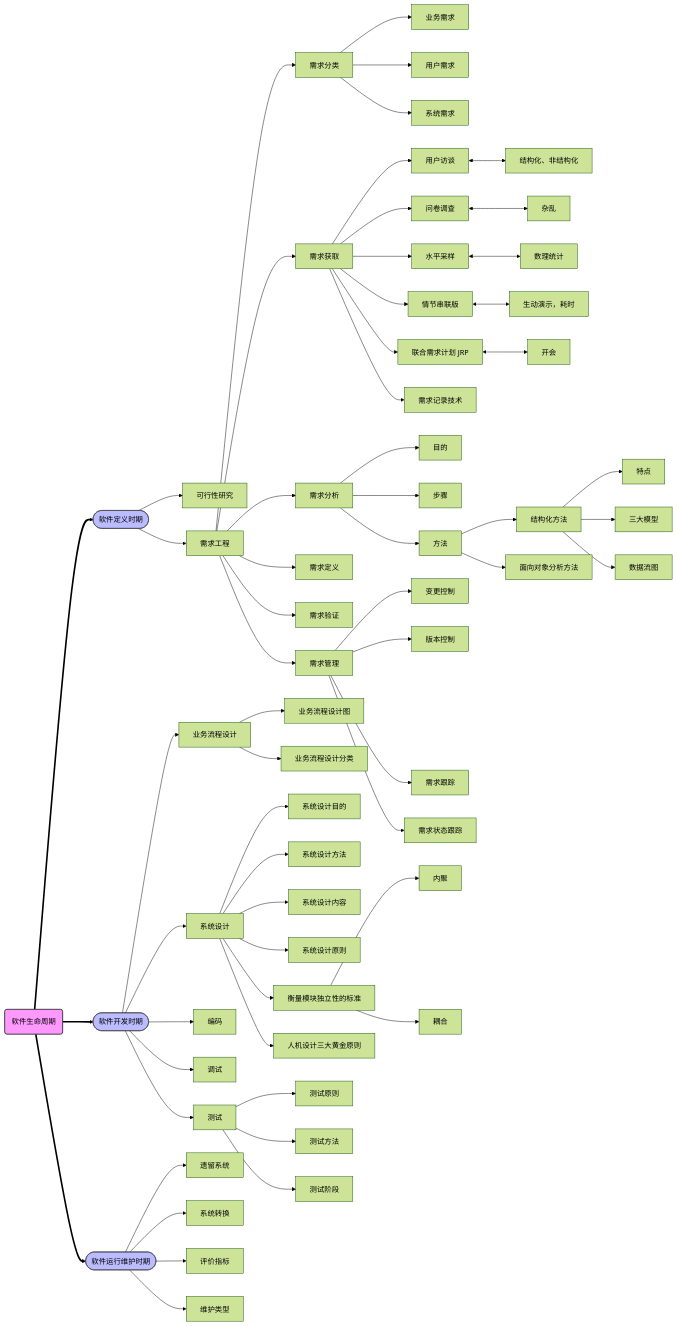
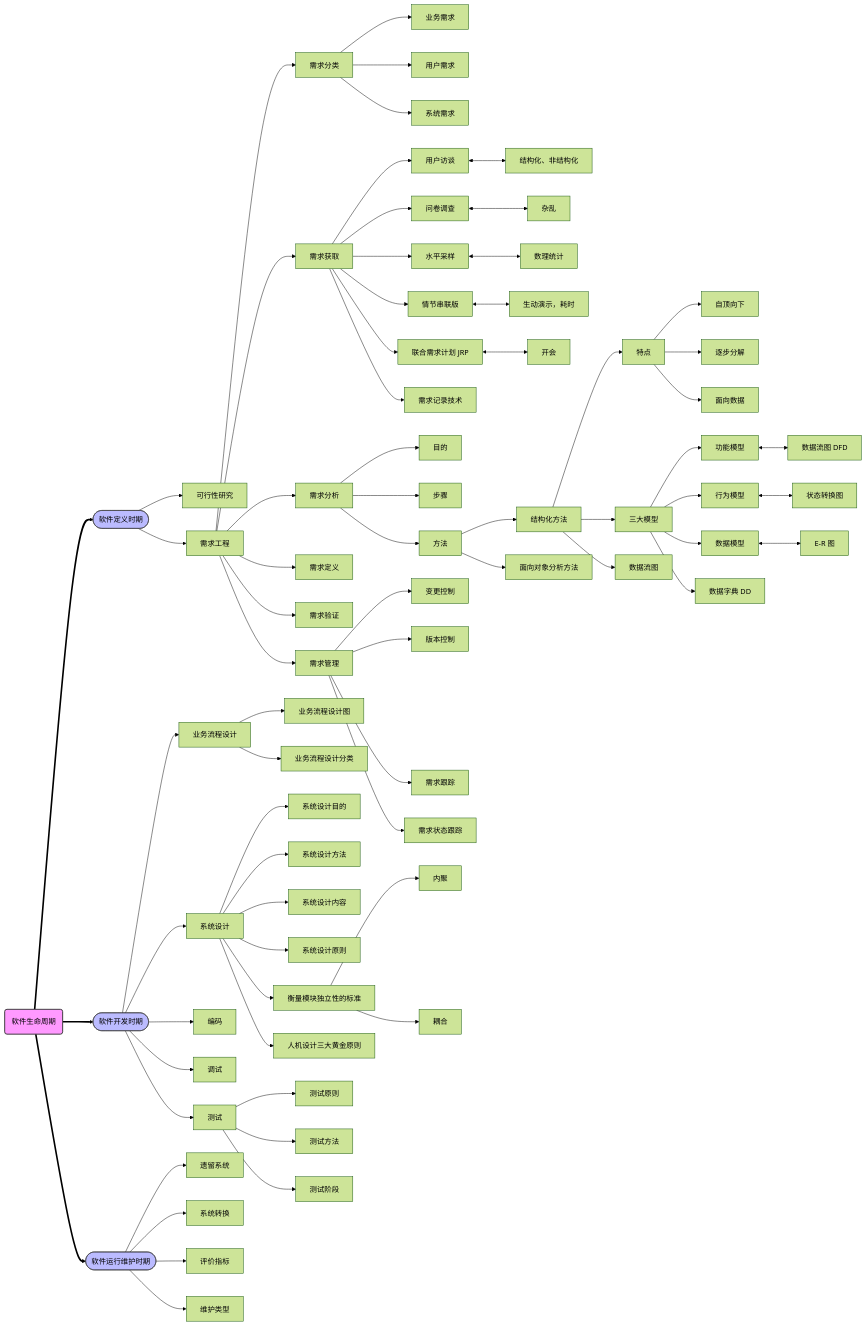
One commit to Rtoax/test-linux changed the third of 6 diagrams in Documentation/ruankao/software-engineering.rst. Above: the diagram before and after it, drawn with Mermaid (forest theme). The commit also changed other lines of this file and 1 other file, not shown here.

Commit message:
Doc: ruankao: update software-engineering.rst
Vers: Ubuntu 25.10, Linux 6.17.0-19-generic, LaTeXmk 4.87, Sphinx 8.2.3, Python 3.13.7

```diff
--- a/Documentation/ruankao/software-engineering.rst
+++ b/Documentation/ruankao/software-engineering.rst
@@ -165,7 +166,7 @@
 
         ReqsEngineering --> ReqsClassification[需求分类]
         ReqsEngineering --> ReqsGathering[需求获取]
-        ReqsEngineering --> ReqsEngineering3[需求分析]
+        ReqsEngineering --> ReqsAnalysis[需求分析]
         ReqsEngineering --> ReqsEngineering4[需求定义]
         ReqsEngineering --> ReqsEngineering5[需求验证]
         ReqsEngineering --> ReqsEngineering6[需求管理]
@@ -181,16 +182,25 @@
         ReqsGathering --> ReqsGathering5[联合需求计划 JRP] <--> ReqsGathering51[开会]
         ReqsGathering --> ReqsGathering6[需求记录技术]
 
-        ReqsEngineering3 --> ReqsEngineering31[目的]
-        ReqsEngineering3 --> ReqsEngineering32[步骤]
-        ReqsEngineering3 --> ReqsEngineering33[方法]
+        ReqsAnalysis --> ReqsAnalysis1[目的]
+        ReqsAnalysis --> ReqsAnalysis2[步骤]
+        ReqsAnalysis --> ReqsAnalysisMethod[方法]
 
-        ReqsEngineering33 --> ReqsEngineering331[结构化方法]
-        ReqsEngineering33 --> ReqsEngineering332[面向对象分析方法]
+        ReqsAnalysisMethod --> StructuredMethod[结构化方法]
+        ReqsAnalysisMethod --> ReqsAnalysisMethod2[面向对象分析方法]
 
-        ReqsEngineering331 --> ReqsEngineering3311[特点]
-        ReqsEngineering331 --> ReqsEngineering3312[三大模型]
-        ReqsEngineering331 --> ReqsEngineering3313[数据流图]
+        StructuredMethod --> StructuredMethod1[特点]
+        StructuredMethod --> StructuredMethod2[三大模型]
+        StructuredMethod --> StructuredMethod3[数据流图]
+
+        StructuredMethod1 --> StructuredMethod11[自顶向下]
+        StructuredMethod1 --> StructuredMethod12[逐步分解]
+        StructuredMethod1 --> StructuredMethod13[面向数据]
+
+        StructuredMethod2 --> StructuredMethod21[功能模型] <--> StructuredMethod21x[数据流图 DFD]
+        StructuredMethod2 --> StructuredMethod22[行为模型] <--> StructuredMethod22x[状态转换图]
+        StructuredMethod2 --> StructuredMethod23[数据模型] <--> StructuredMethod23x[E-R 图]
+        StructuredMethod2 --> StructuredMethod24[数据字典 DD]
 
         ReqsEngineering6 --> ReqsEngineering61[变更控制]
         ReqsEngineering6 --> ReqsEngineering62[版本控制]
```
